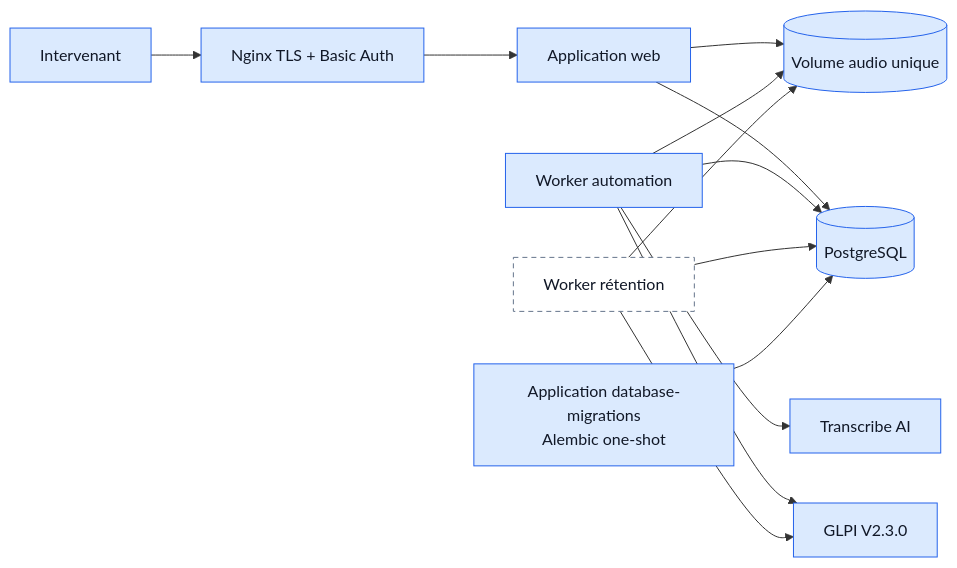
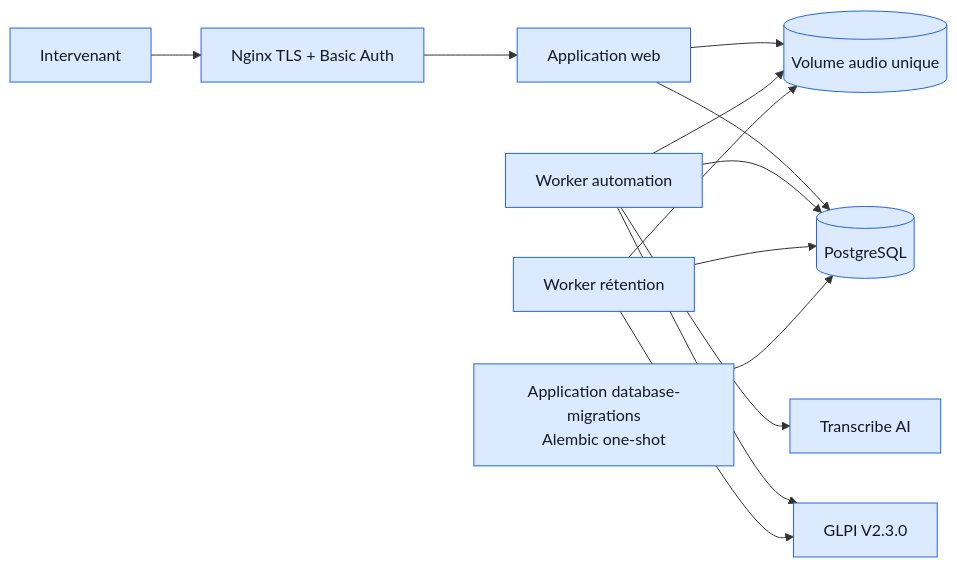
The second of 6 diagrams in docs/mvp-architecture.md (dev-vauclaire/mevo2glpi), drawn with Mermaid before and after one commit. The commit also changed other lines of this file and 37 other files, not shown here.

````diff
--- a/docs/mvp-architecture.md
+++ b/docs/mvp-architecture.md
@@ -224,22 +224,22 @@
 ```mermaid
 flowchart LR
     User[Intervenant]:::implemented --> Nginx[Nginx TLS + Basic Auth]:::implemented
     Nginx --> Web[Application web]:::implemented
 
     Web --> Audio[(Volume audio unique)]:::implemented
     Web --> Database[(PostgreSQL)]:::implemented
 
     Automation[Worker automation]:::implemented --> Audio
     Automation --> Database
     Automation --> Transcribe[Transcribe AI]:::implemented
     Automation --> Glpi[GLPI V2.3.0]:::implemented
 
-    Retention[Worker rétention]:::future --> Audio
+    Retention[Worker rétention]:::implemented --> Audio
     Retention --> Database
     Retention --> Glpi
 
     Migration[Application database-migrations<br/>Alembic one-shot]:::implemented --> Database
 
     classDef implemented fill:#dbeafe,stroke:#2563eb,color:#111827;
     classDef future fill:#fff,stroke:#64748b,color:#111827,stroke-dasharray:5 4;
 ```
````
